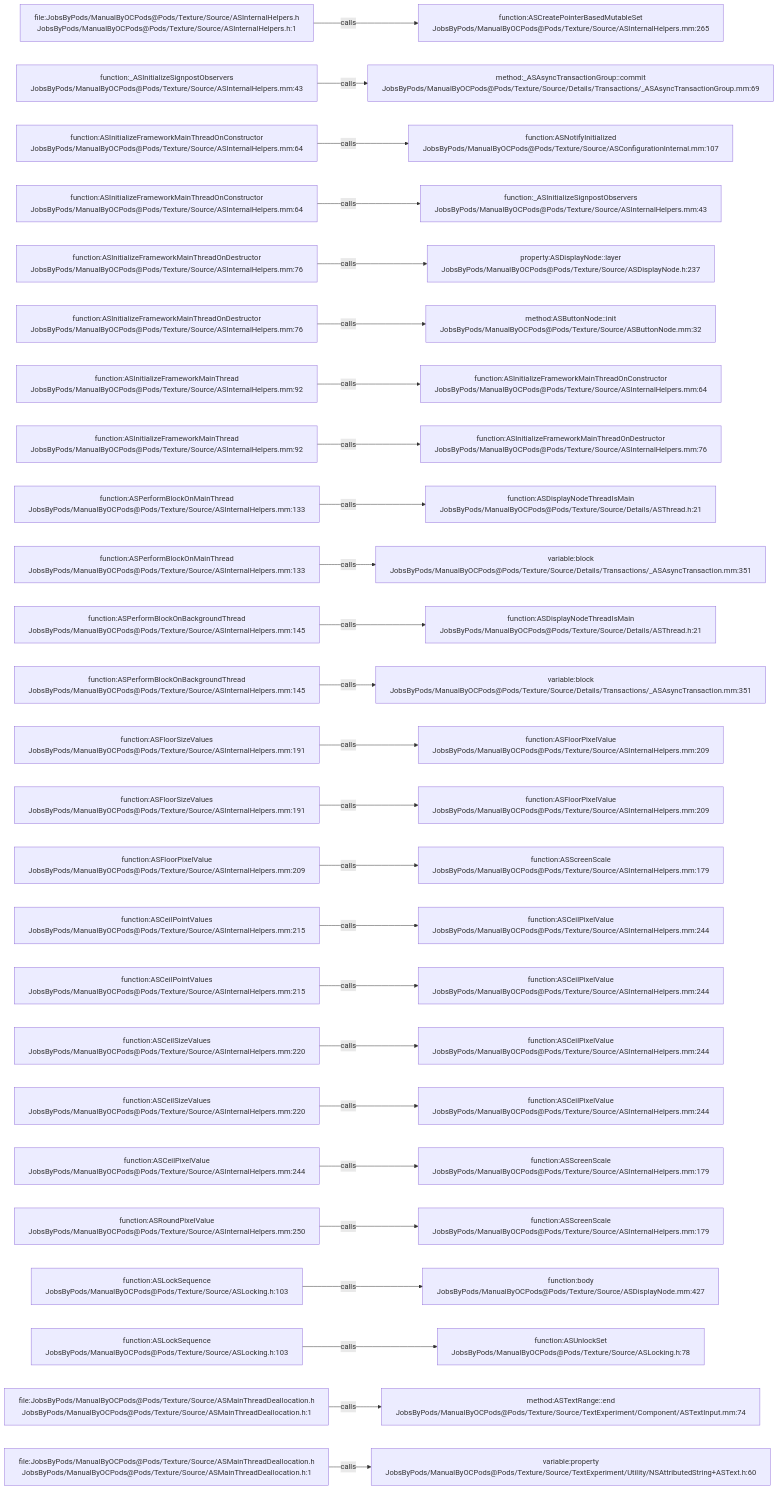
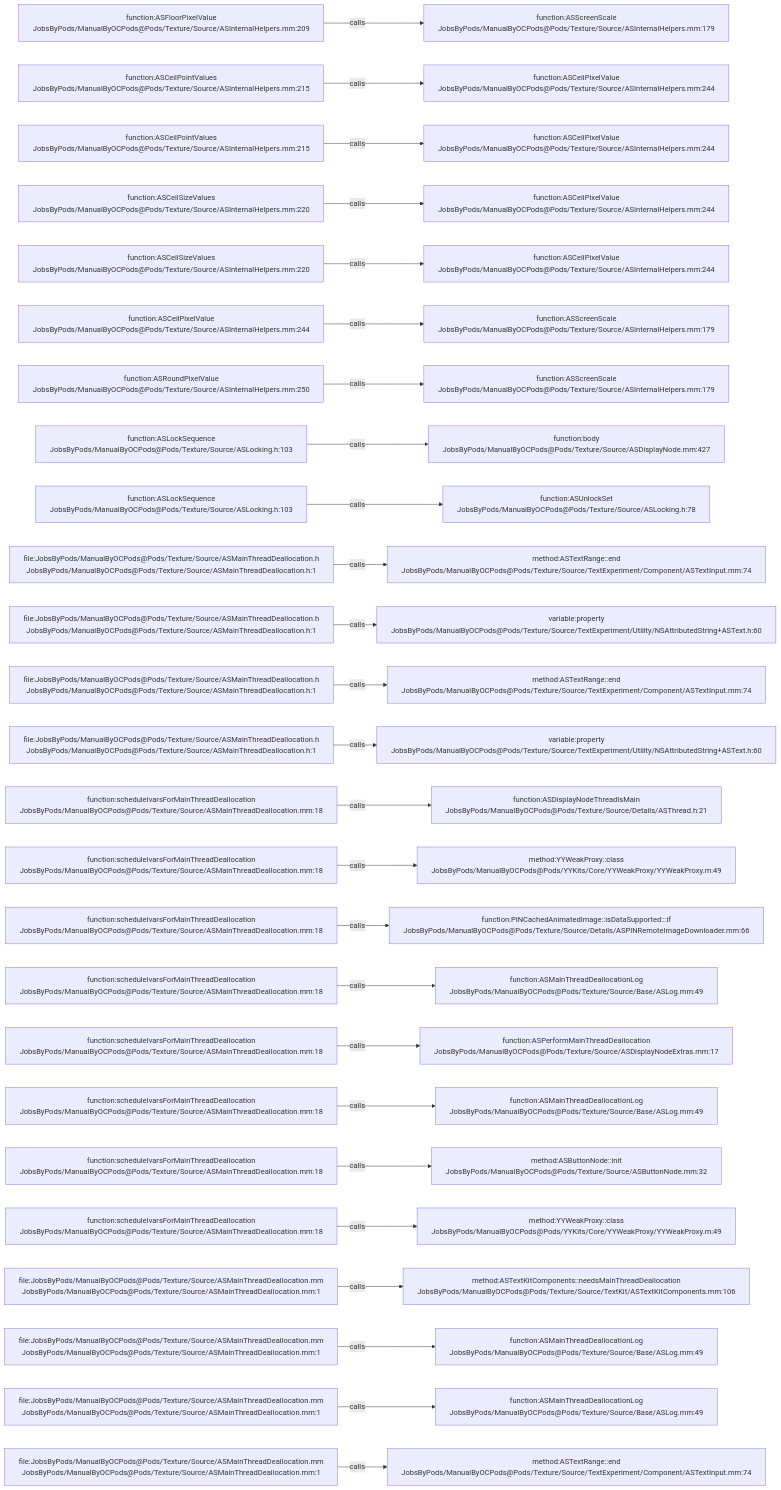
The diagram in .codegraph/codegraph.md/graphs/calls-113.md (JobsKits/JobsOCBaseConfigDemo), drawn with Mermaid before and after one commit. The commit also changed 296 other files, not shown here.

````diff
--- a/.codegraph/codegraph.md/graphs/calls-113.md
+++ b/.codegraph/codegraph.md/graphs/calls-113.md
@@ -13,78 +13,78 @@
 ```mermaid
 flowchart LR
-  S1["file:JobsByPods/ManualByOCPods@Pods/Texture/Source/ASInternalHelpers.h<br/>JobsByPods/ManualByOCPods@Pods/Texture/Source/ASInternalHelpers.h:1"]
-  T1["function:ASCreatePointerBasedMutableSet<br/>JobsByPods/ManualByOCPods@Pods/Texture/Source/ASInternalHelpers.mm:265"]
+  S1["function:ASFloorPixelValue<br/>JobsByPods/ManualByOCPods@Pods/Texture/Source/ASInternalHelpers.mm:209"]
+  T1["function:ASScreenScale<br/>JobsByPods/ManualByOCPods@Pods/Texture/Source/ASInternalHelpers.mm:179"]
   S1 -->|calls| T1
-  S2["function:_ASInitializeSignpostObservers<br/>JobsByPods/ManualByOCPods@Pods/Texture/Source/ASInternalHelpers.mm:43"]
-  T2["method:_ASAsyncTransactionGroup::commit<br/>JobsByPods/ManualByOCPods@Pods/Texture/Source/Details/Transactions/_ASAsyncTransactionGroup.mm:69"]
+  S2["function:ASCeilPointValues<br/>JobsByPods/ManualByOCPods@Pods/Texture/Source/ASInternalHelpers.mm:215"]
+  T2["function:ASCeilPixelValue<br/>JobsByPods/ManualByOCPods@Pods/Texture/Source/ASInternalHelpers.mm:244"]
   S2 -->|calls| T2
-  S3["function:ASInitializeFrameworkMainThreadOnConstructor<br/>JobsByPods/ManualByOCPods@Pods/Texture/Source/ASInternalHelpers.mm:64"]
-  T3["function:ASNotifyInitialized<br/>JobsByPods/ManualByOCPods@Pods/Texture/Source/ASConfigurationInternal.mm:107"]
+  S3["function:ASCeilPointValues<br/>JobsByPods/ManualByOCPods@Pods/Texture/Source/ASInternalHelpers.mm:215"]
+  T3["function:ASCeilPixelValue<br/>JobsByPods/ManualByOCPods@Pods/Texture/Source/ASInternalHelpers.mm:244"]
   S3 -->|calls| T3
-  S4["function:ASInitializeFrameworkMainThreadOnConstructor<br/>JobsByPods/ManualByOCPods@Pods/Texture/Source/ASInternalHelpers.mm:64"]
-  T4["function:_ASInitializeSignpostObservers<br/>JobsByPods/ManualByOCPods@Pods/Texture/Source/ASInternalHelpers.mm:43"]
+  S4["function:ASCeilSizeValues<br/>JobsByPods/ManualByOCPods@Pods/Texture/Source/ASInternalHelpers.mm:220"]
+  T4["function:ASCeilPixelValue<br/>JobsByPods/ManualByOCPods@Pods/Texture/Source/ASInternalHelpers.mm:244"]
   S4 -->|calls| T4
-  S5["function:ASInitializeFrameworkMainThreadOnDestructor<br/>JobsByPods/ManualByOCPods@Pods/Texture/Source/ASInternalHelpers.mm:76"]
-  T5["property:ASDisplayNode::layer<br/>JobsByPods/ManualByOCPods@Pods/Texture/Source/ASDisplayNode.h:237"]
+  S5["function:ASCeilSizeValues<br/>JobsByPods/ManualByOCPods@Pods/Texture/Source/ASInternalHelpers.mm:220"]
+  T5["function:ASCeilPixelValue<br/>JobsByPods/ManualByOCPods@Pods/Texture/Source/ASInternalHelpers.mm:244"]
   S5 -->|calls| T5
-  S6["function:ASInitializeFrameworkMainThreadOnDestructor<br/>JobsByPods/ManualByOCPods@Pods/Texture/Source/ASInternalHelpers.mm:76"]
-  T6["method:ASButtonNode::init<br/>JobsByPods/ManualByOCPods@Pods/Texture/Source/ASButtonNode.mm:32"]
+  S6["function:ASCeilPixelValue<br/>JobsByPods/ManualByOCPods@Pods/Texture/Source/ASInternalHelpers.mm:244"]
+  T6["function:ASScreenScale<br/>JobsByPods/ManualByOCPods@Pods/Texture/Source/ASInternalHelpers.mm:179"]
   S6 -->|calls| T6
-  S7["function:ASInitializeFrameworkMainThread<br/>JobsByPods/ManualByOCPods@Pods/Texture/Source/ASInternalHelpers.mm:92"]
-  T7["function:ASInitializeFrameworkMainThreadOnConstructor<br/>JobsByPods/ManualByOCPods@Pods/Texture/Source/ASInternalHelpers.mm:64"]
+  S7["function:ASRoundPixelValue<br/>JobsByPods/ManualByOCPods@Pods/Texture/Source/ASInternalHelpers.mm:250"]
+  T7["function:ASScreenScale<br/>JobsByPods/ManualByOCPods@Pods/Texture/Source/ASInternalHelpers.mm:179"]
   S7 -->|calls| T7
-  S8["function:ASInitializeFrameworkMainThread<br/>JobsByPods/ManualByOCPods@Pods/Texture/Source/ASInternalHelpers.mm:92"]
-  T8["function:ASInitializeFrameworkMainThreadOnDestructor<br/>JobsByPods/ManualByOCPods@Pods/Texture/Source/ASInternalHelpers.mm:76"]
+  S8["function:ASLockSequence<br/>JobsByPods/ManualByOCPods@Pods/Texture/Source/ASLocking.h:103"]
+  T8["function:body<br/>JobsByPods/ManualByOCPods@Pods/Texture/Source/ASDisplayNode.mm:427"]
   S8 -->|calls| T8
-  S9["function:ASPerformBlockOnMainThread<br/>JobsByPods/ManualByOCPods@Pods/Texture/Source/ASInternalHelpers.mm:133"]
-  T9["function:ASDisplayNodeThreadIsMain<br/>JobsByPods/ManualByOCPods@Pods/Texture/Source/Details/ASThread.h:21"]
+  S9["function:ASLockSequence<br/>JobsByPods/ManualByOCPods@Pods/Texture/Source/ASLocking.h:103"]
+  T9["function:ASUnlockSet<br/>JobsByPods/ManualByOCPods@Pods/Texture/Source/ASLocking.h:78"]
   S9 -->|calls| T9
-  S10["function:ASPerformBlockOnMainThread<br/>JobsByPods/ManualByOCPods@Pods/Texture/Source/ASInternalHelpers.mm:133"]
-  T10["variable:block<br/>JobsByPods/ManualByOCPods@Pods/Texture/Source/Details/Transactions/_ASAsyncTransaction.mm:351"]
+  S10["file:JobsByPods/ManualByOCPods@Pods/Texture/Source/ASMainThreadDeallocation.h<br/>JobsByPods/ManualByOCPods@Pods/Texture/Source/ASMainThreadDeallocation.h:1"]
+  T10["method:ASTextRange::end<br/>JobsByPods/ManualByOCPods@Pods/Texture/Source/TextExperiment/Component/ASTextInput.mm:74"]
   S10 -->|calls| T10
-  S11["function:ASPerformBlockOnBackgroundThread<br/>JobsByPods/ManualByOCPods@Pods/Texture/Source/ASInternalHelpers.mm:145"]
-  T11["function:ASDisplayNodeThreadIsMain<br/>JobsByPods/ManualByOCPods@Pods/Texture/Source/Details/ASThread.h:21"]
+  S11["file:JobsByPods/ManualByOCPods@Pods/Texture/Source/ASMainThreadDeallocation.h<br/>JobsByPods/ManualByOCPods@Pods/Texture/Source/ASMainThreadDeallocation.h:1"]
+  T11["variable:property<br/>JobsByPods/ManualByOCPods@Pods/Texture/Source/TextExperiment/Utility/NSAttributedString+ASText.h:60"]
   S11 -->|calls| T11
-  S12["function:ASPerformBlockOnBackgroundThread<br/>JobsByPods/ManualByOCPods@Pods/Texture/Source/ASInternalHelpers.mm:145"]
-  T12["variable:block<br/>JobsByPods/ManualByOCPods@Pods/Texture/Source/Details/Transactions/_ASAsyncTransaction.mm:351"]
+  S12["file:JobsByPods/ManualByOCPods@Pods/Texture/Source/ASMainThreadDeallocation.h<br/>JobsByPods/ManualByOCPods@Pods/Texture/Source/ASMainThreadDeallocation.h:1"]
+  T12["method:ASTextRange::end<br/>JobsByPods/ManualByOCPods@Pods/Texture/Source/TextExperiment/Component/ASTextInput.mm:74"]
   S12 -->|calls| T12
-  S13["function:ASFloorSizeValues<br/>JobsByPods/ManualByOCPods@Pods/Texture/Source/ASInternalHelpers.mm:191"]
-  T13["function:ASFloorPixelValue<br/>JobsByPods/ManualByOCPods@Pods/Texture/Source/ASInternalHelpers.mm:209"]
+  S13["file:JobsByPods/ManualByOCPods@Pods/Texture/Source/ASMainThreadDeallocation.h<br/>JobsByPods/ManualByOCPods@Pods/Texture/Source/ASMainThreadDeallocation.h:1"]
+  T13["variable:property<br/>JobsByPods/ManualByOCPods@Pods/Texture/Source/TextExperiment/Utility/NSAttributedString+ASText.h:60"]
   S13 -->|calls| T13
-  S14["function:ASFloorSizeValues<br/>JobsByPods/ManualByOCPods@Pods/Texture/Source/ASInternalHelpers.mm:191"]
-  T14["function:ASFloorPixelValue<br/>JobsByPods/ManualByOCPods@Pods/Texture/Source/ASInternalHelpers.mm:209"]
+  S14["function:scheduleIvarsForMainThreadDeallocation<br/>JobsByPods/ManualByOCPods@Pods/Texture/Source/ASMainThreadDeallocation.mm:18"]
+  T14["function:ASDisplayNodeThreadIsMain<br/>JobsByPods/ManualByOCPods@Pods/Texture/Source/Details/ASThread.h:21"]
   S14 -->|calls| T14
-  S15["function:ASFloorPixelValue<br/>JobsByPods/ManualByOCPods@Pods/Texture/Source/ASInternalHelpers.mm:209"]
-  T15["function:ASScreenScale<br/>JobsByPods/ManualByOCPods@Pods/Texture/Source/ASInternalHelpers.mm:179"]
+  S15["function:scheduleIvarsForMainThreadDeallocation<br/>JobsByPods/ManualByOCPods@Pods/Texture/Source/ASMainThreadDeallocation.mm:18"]
+  T15["method:YYWeakProxy::class<br/>JobsByPods/ManualByOCPods@Pods/YYKits/Core/YYWeakProxy/YYWeakProxy.m:49"]
   S15 -->|calls| T15
-  S16["function:ASCeilPointValues<br/>JobsByPods/ManualByOCPods@Pods/Texture/Source/ASInternalHelpers.mm:215"]
-  T16["function:ASCeilPixelValue<br/>JobsByPods/ManualByOCPods@Pods/Texture/Source/ASInternalHelpers.mm:244"]
+  S16["function:scheduleIvarsForMainThreadDeallocation<br/>JobsByPods/ManualByOCPods@Pods/Texture/Source/ASMainThreadDeallocation.mm:18"]
+  T16["function:PINCachedAnimatedImage::isDataSupported:::if<br/>JobsByPods/ManualByOCPods@Pods/Texture/Source/Details/ASPINRemoteImageDownloader.mm:66"]
   S16 -->|calls| T16
-  S17["function:ASCeilPointValues<br/>JobsByPods/ManualByOCPods@Pods/Texture/Source/ASInternalHelpers.mm:215"]
-  T17["function:ASCeilPixelValue<br/>JobsByPods/ManualByOCPods@Pods/Texture/Source/ASInternalHelpers.mm:244"]
+  S17["function:scheduleIvarsForMainThreadDeallocation<br/>JobsByPods/ManualByOCPods@Pods/Texture/Source/ASMainThreadDeallocation.mm:18"]
+  T17["function:ASMainThreadDeallocationLog<br/>JobsByPods/ManualByOCPods@Pods/Texture/Source/Base/ASLog.mm:49"]
   S17 -->|calls| T17
-  S18["function:ASCeilSizeValues<br/>JobsByPods/ManualByOCPods@Pods/Texture/Source/ASInternalHelpers.mm:220"]
-  T18["function:ASCeilPixelValue<br/>JobsByPods/ManualByOCPods@Pods/Texture/Source/ASInternalHelpers.mm:244"]
+  S18["function:scheduleIvarsForMainThreadDeallocation<br/>JobsByPods/ManualByOCPods@Pods/Texture/Source/ASMainThreadDeallocation.mm:18"]
+  T18["function:ASPerformMainThreadDeallocation<br/>JobsByPods/ManualByOCPods@Pods/Texture/Source/ASDisplayNodeExtras.mm:17"]
   S18 -->|calls| T18
-  S19["function:ASCeilSizeValues<br/>JobsByPods/ManualByOCPods@Pods/Texture/Source/ASInternalHelpers.mm:220"]
-  T19["function:ASCeilPixelValue<br/>JobsByPods/ManualByOCPods@Pods/Texture/Source/ASInternalHelpers.mm:244"]
+  S19["function:scheduleIvarsForMainThreadDeallocation<br/>JobsByPods/ManualByOCPods@Pods/Texture/Source/ASMainThreadDeallocation.mm:18"]
+  T19["function:ASMainThreadDeallocationLog<br/>JobsByPods/ManualByOCPods@Pods/Texture/Source/Base/ASLog.mm:49"]
   S19 -->|calls| T19
-  S20["function:ASCeilPixelValue<br/>JobsByPods/ManualByOCPods@Pods/Texture/Source/ASInternalHelpers.mm:244"]
-  T20["function:ASScreenScale<br/>JobsByPods/ManualByOCPods@Pods/Texture/Source/ASInternalHelpers.mm:179"]
+  S20["function:scheduleIvarsForMainThreadDeallocation<br/>JobsByPods/ManualByOCPods@Pods/Texture/Source/ASMainThreadDeallocation.mm:18"]
+  T20["method:ASButtonNode::init<br/>JobsByPods/ManualByOCPods@Pods/Texture/Source/ASButtonNode.mm:32"]
   S20 -->|calls| T20
-  S21["function:ASRoundPixelValue<br/>JobsByPods/ManualByOCPods@Pods/Texture/Source/ASInternalHelpers.mm:250"]
-  T21["function:ASScreenScale<br/>JobsByPods/ManualByOCPods@Pods/Texture/Source/ASInternalHelpers.mm:179"]
+  S21["function:scheduleIvarsForMainThreadDeallocation<br/>JobsByPods/ManualByOCPods@Pods/Texture/Source/ASMainThreadDeallocation.mm:18"]
+  T21["method:YYWeakProxy::class<br/>JobsByPods/ManualByOCPods@Pods/YYKits/Core/YYWeakProxy/YYWeakProxy.m:49"]
   S21 -->|calls| T21
-  S22["function:ASLockSequence<br/>JobsByPods/ManualByOCPods@Pods/Texture/Source/ASLocking.h:103"]
-  T22["function:body<br/>JobsByPods/ManualByOCPods@Pods/Texture/Source/ASDisplayNode.mm:427"]
+  S22["file:JobsByPods/ManualByOCPods@Pods/Texture/Source/ASMainThreadDeallocation.mm<br/>JobsByPods/ManualByOCPods@Pods/Texture/Source/ASMainThreadDeallocation.mm:1"]
+  T22["method:ASTextKitComponents::needsMainThreadDeallocation<br/>JobsByPods/ManualByOCPods@Pods/Texture/Source/TextKit/ASTextKitComponents.mm:106"]
   S22 -->|calls| T22
-  S23["function:ASLockSequence<br/>JobsByPods/ManualByOCPods@Pods/Texture/Source/ASLocking.h:103"]
-  T23["function:ASUnlockSet<br/>JobsByPods/ManualByOCPods@Pods/Texture/Source/ASLocking.h:78"]
+  S23["file:JobsByPods/ManualByOCPods@Pods/Texture/Source/ASMainThreadDeallocation.mm<br/>JobsByPods/ManualByOCPods@Pods/Texture/Source/ASMainThreadDeallocation.mm:1"]
+  T23["function:ASMainThreadDeallocationLog<br/>JobsByPods/ManualByOCPods@Pods/Texture/Source/Base/ASLog.mm:49"]
   S23 -->|calls| T23
-  S24["file:JobsByPods/ManualByOCPods@Pods/Texture/Source/ASMainThreadDeallocation.h<br/>JobsByPods/ManualByOCPods@Pods/Texture/Source/ASMainThreadDeallocation.h:1"]
-  T24["method:ASTextRange::end<br/>JobsByPods/ManualByOCPods@Pods/Texture/Source/TextExperiment/Component/ASTextInput.mm:74"]
+  S24["file:JobsByPods/ManualByOCPods@Pods/Texture/Source/ASMainThreadDeallocation.mm<br/>JobsByPods/ManualByOCPods@Pods/Texture/Source/ASMainThreadDeallocation.mm:1"]
+  T24["function:ASMainThreadDeallocationLog<br/>JobsByPods/ManualByOCPods@Pods/Texture/Source/Base/ASLog.mm:49"]
   S24 -->|calls| T24
-  S25["file:JobsByPods/ManualByOCPods@Pods/Texture/Source/ASMainThreadDeallocation.h<br/>JobsByPods/ManualByOCPods@Pods/Texture/Source/ASMainThreadDeallocation.h:1"]
-  T25["variable:property<br/>JobsByPods/ManualByOCPods@Pods/Texture/Source/TextExperiment/Utility/NSAttributedString+ASText.h:60"]
+  S25["file:JobsByPods/ManualByOCPods@Pods/Texture/Source/ASMainThreadDeallocation.mm<br/>JobsByPods/ManualByOCPods@Pods/Texture/Source/ASMainThreadDeallocation.mm:1"]
+  T25["method:ASTextRange::end<br/>JobsByPods/ManualByOCPods@Pods/Texture/Source/TextExperiment/Component/ASTextInput.mm:74"]
   S25 -->|calls| T25
 ```
````
